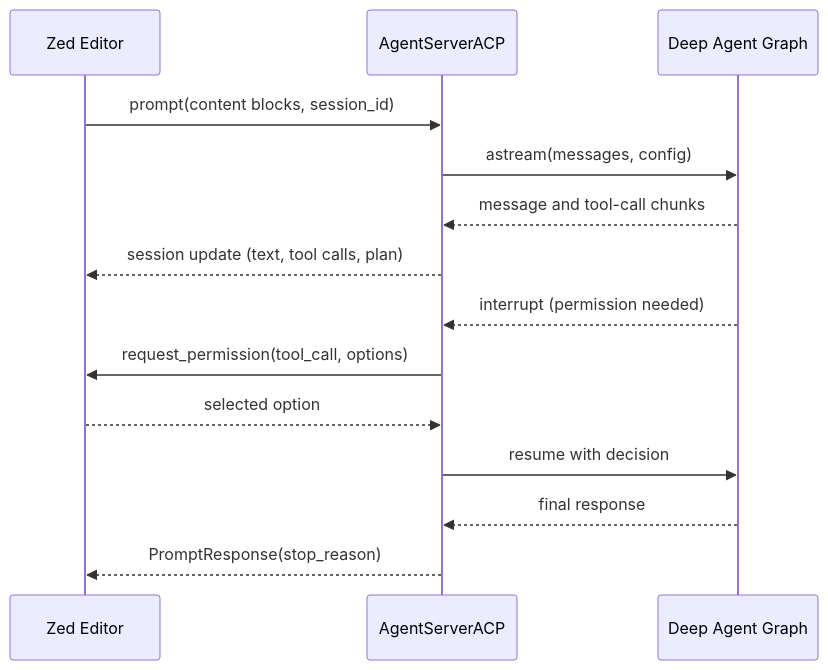
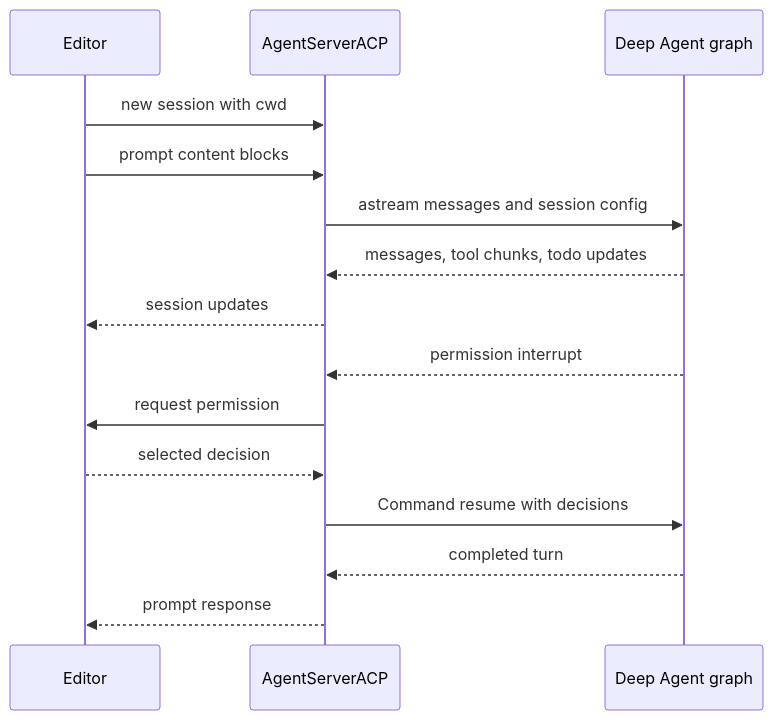
Before and after one commit to langchain-ai/deepagents: the diagram in openwiki/integrations/acp.md, drawn with Mermaid. The commit also changed other lines of this file and 20 other files, not shown here.

````diff
--- a/openwiki/integrations/acp.md
+++ b/openwiki/integrations/acp.md
@@ -95,16 +113,17 @@
 ```mermaid
 sequenceDiagram
-    participant Editor as Zed Editor
-    participant Server as AgentServerACP
-    participant Graph as Deep Agent Graph
-    Editor->>Server: prompt(content blocks, session_id)
-    Server->>Graph: astream(messages, config)
-    Graph-->>Server: message and tool-call chunks
-    Server-->>Editor: session update (text, tool calls, plan)
-    Graph-->>Server: interrupt (permission needed)
-    Server->>Editor: request_permission(tool_call, options)
-    Editor-->>Server: selected option
-    Server->>Graph: resume with decision
-    Graph-->>Server: final response
-    Server-->>Editor: PromptResponse(stop_reason)
+    participant Editor
+    participant Bridge as AgentServerACP
+    participant Graph as Deep Agent graph
+    Editor->>Bridge: new session with cwd
+    Editor->>Bridge: prompt content blocks
+    Bridge->>Graph: astream messages and session config
+    Graph-->>Bridge: messages, tool chunks, todo updates
+    Bridge-->>Editor: session updates
+    Graph-->>Bridge: permission interrupt
+    Bridge->>Editor: request permission
+    Editor-->>Bridge: selected decision
+    Bridge->>Graph: Command resume with decisions
+    Graph-->>Bridge: completed turn
+    Bridge-->>Editor: prompt response
 ```
````
